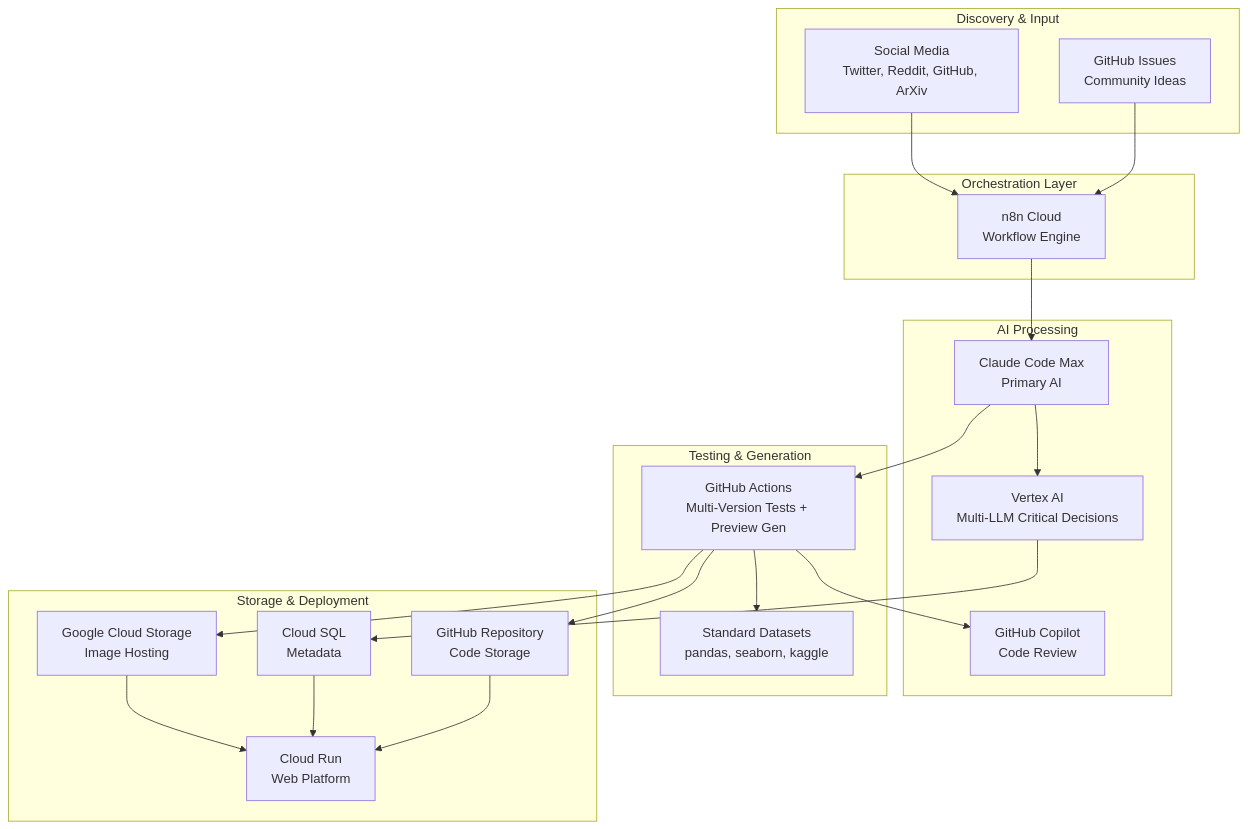
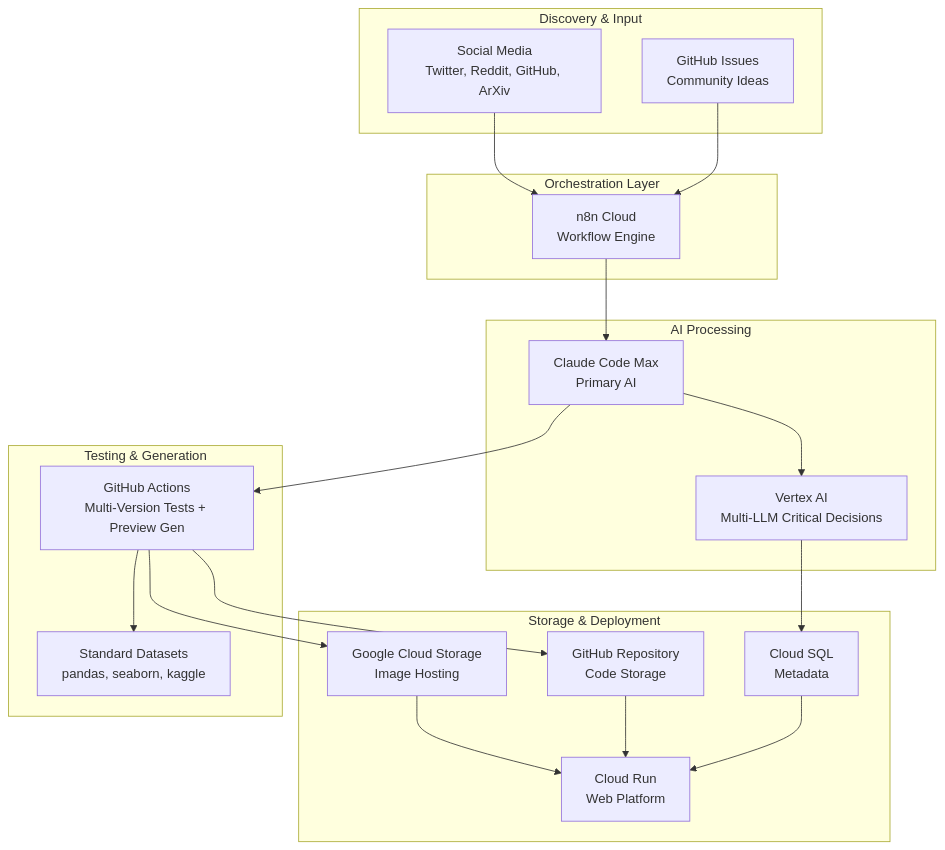
The first of 2 diagrams in docs/workflow.md (MarkusNeusinger/pyplots), drawn with Mermaid before and after one commit. The commit also changed other lines of this file and 3 other files, not shown here.

````diff
--- a/docs/workflow.md
+++ b/docs/workflow.md
@@ -27,43 +27,41 @@
 ```mermaid
 graph TB
     subgraph "Discovery & Input"
         SM[Social Media<br/>Twitter, Reddit, GitHub, ArXiv]
         GI[GitHub Issues<br/>Community Ideas]
     end
 
     subgraph "Orchestration Layer"
         N8N[n8n Cloud<br/>Workflow Engine]
     end
 
     subgraph "AI Processing"
         CCM[Claude Code Max<br/>Primary AI]
         VTX[Vertex AI<br/>Multi-LLM Critical Decisions]
-        COP[GitHub Copilot<br/>Code Review]
     end
 
     subgraph "Testing & Generation"
         GHA[GitHub Actions<br/>Multi-Version Tests + Preview Gen]
         DS[Standard Datasets<br/>pandas, seaborn, kaggle]
     end
 
     subgraph "Storage & Deployment"
         GH[GitHub Repository<br/>Code Storage]
         GCS[Google Cloud Storage<br/>Image Hosting]
         SQL[Cloud SQL<br/>Metadata]
         CR[Cloud Run<br/>Web Platform]
     end
 
     SM --> N8N
     GI --> N8N
     N8N --> CCM
     CCM --> GHA
-    GHA --> COP
     GHA --> DS
     GHA --> GCS
     GHA --> GH
     CCM --> VTX
     VTX --> SQL
     GCS --> CR
     SQL --> CR
     GH --> CR
 ```
````
